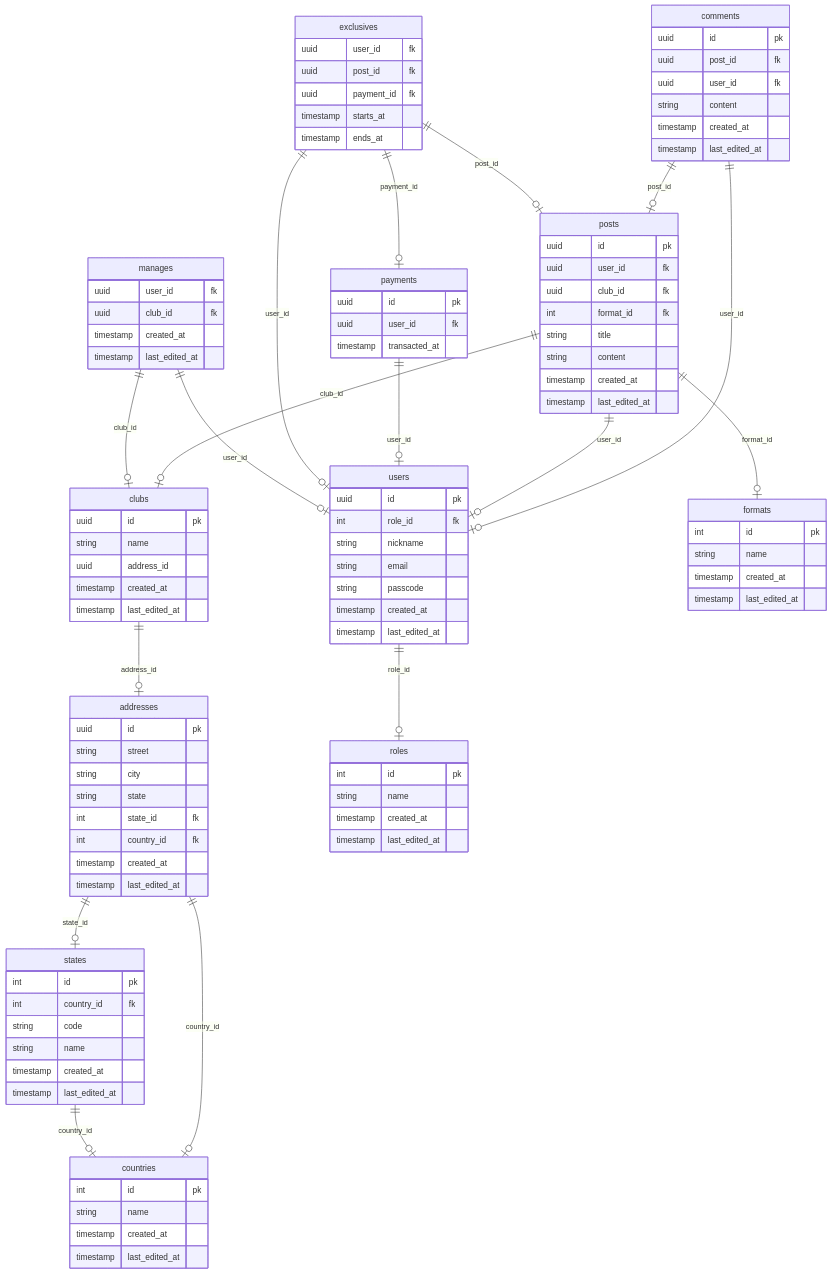
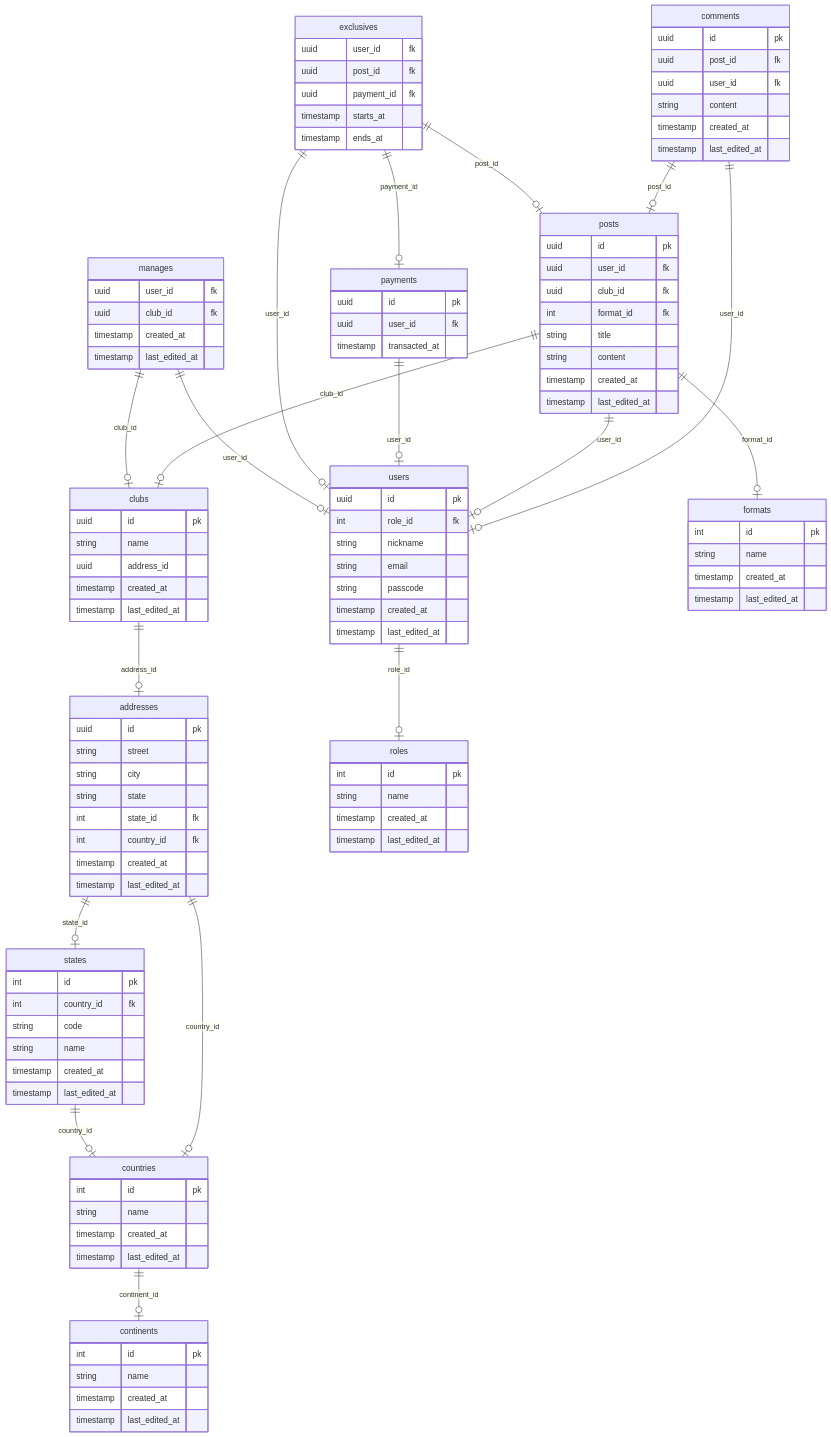
The diagram in resources/docs/schema.mmd (darren-mk/arcaneflare), drawn with Mermaid before and after one commit. The commit also changed 1 other file, not shown here.

Commit message:
defined continents in schema

```diff
--- a/resources/docs/schema.mmd
+++ b/resources/docs/schema.mmd
@@ -1,105 +1,112 @@
 erDiagram
 
+    continents {
+    int id pk
+    string name
+    timestamp created_at
+    timestamp last_edited_at }
+
+    countries ||--o| continents : continent_id
     countries {
     int id pk
     string name
     timestamp created_at
     timestamp last_edited_at }
 
     states ||--o| countries : country_id
     states {
     int id pk
     int country_id fk
     string code
     string name
     timestamp created_at
     timestamp last_edited_at }
 
     addresses ||--o| states : state_id
     addresses ||--o| countries : country_id
     addresses {
     uuid id pk
     string street
     string city
     string state
     int state_id fk
     int country_id fk
     timestamp created_at
     timestamp last_edited_at }
 
     clubs ||--o| addresses : address_id
     clubs {
     uuid id pk
     string name
     uuid address_id
     timestamp created_at
     timestamp last_edited_at }
 
     users ||--o| roles : role_id
     users {
     uuid id pk
     int role_id fk
     string nickname
     string email
     string passcode
     timestamp created_at
     timestamp last_edited_at }
 
     manages ||--o| users : user_id
     manages ||--o| clubs : club_id
     manages {
     uuid user_id fk
     uuid club_id fk
     timestamp created_at
     timestamp last_edited_at }
 
     exclusives ||--o| users : user_id
     exclusives ||--o| posts : post_id
     exclusives ||--o| payments : payment_id
     exclusives {
     uuid user_id fk
     uuid post_id fk
     uuid payment_id fk
     timestamp starts_at
     timestamp ends_at }
 
     payments ||--o| users : user_id
     payments {
     uuid id pk
     uuid user_id fk
     timestamp transacted_at }
 
     roles {
     int id pk
     string name
     timestamp created_at
     timestamp last_edited_at }
 
     formats {
     int id pk
     string name
     timestamp created_at
     timestamp last_edited_at }
 
     posts ||--o| users : user_id
     posts ||--o| clubs : club_id
     posts ||--o| formats : format_id
     posts {
     uuid id pk
     uuid user_id fk
     uuid club_id fk
     int format_id fk
     string title
     string content
     timestamp created_at
     timestamp last_edited_at }
 
     comments ||--o| posts : post_id
     comments ||--o| users : user_id
     comments {
     uuid id pk
     uuid post_id fk
     uuid user_id fk
     string content
     timestamp created_at
     timestamp last_edited_at }
```
